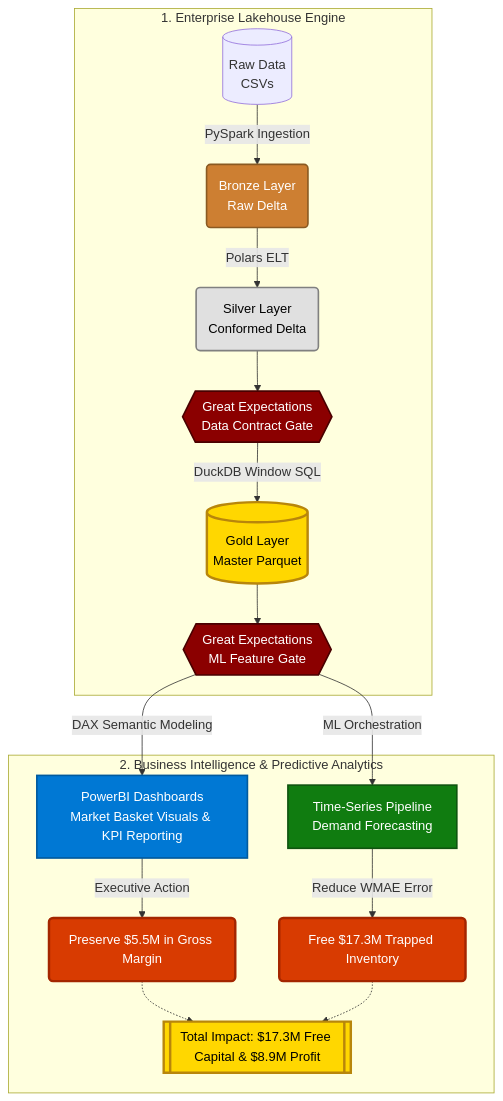
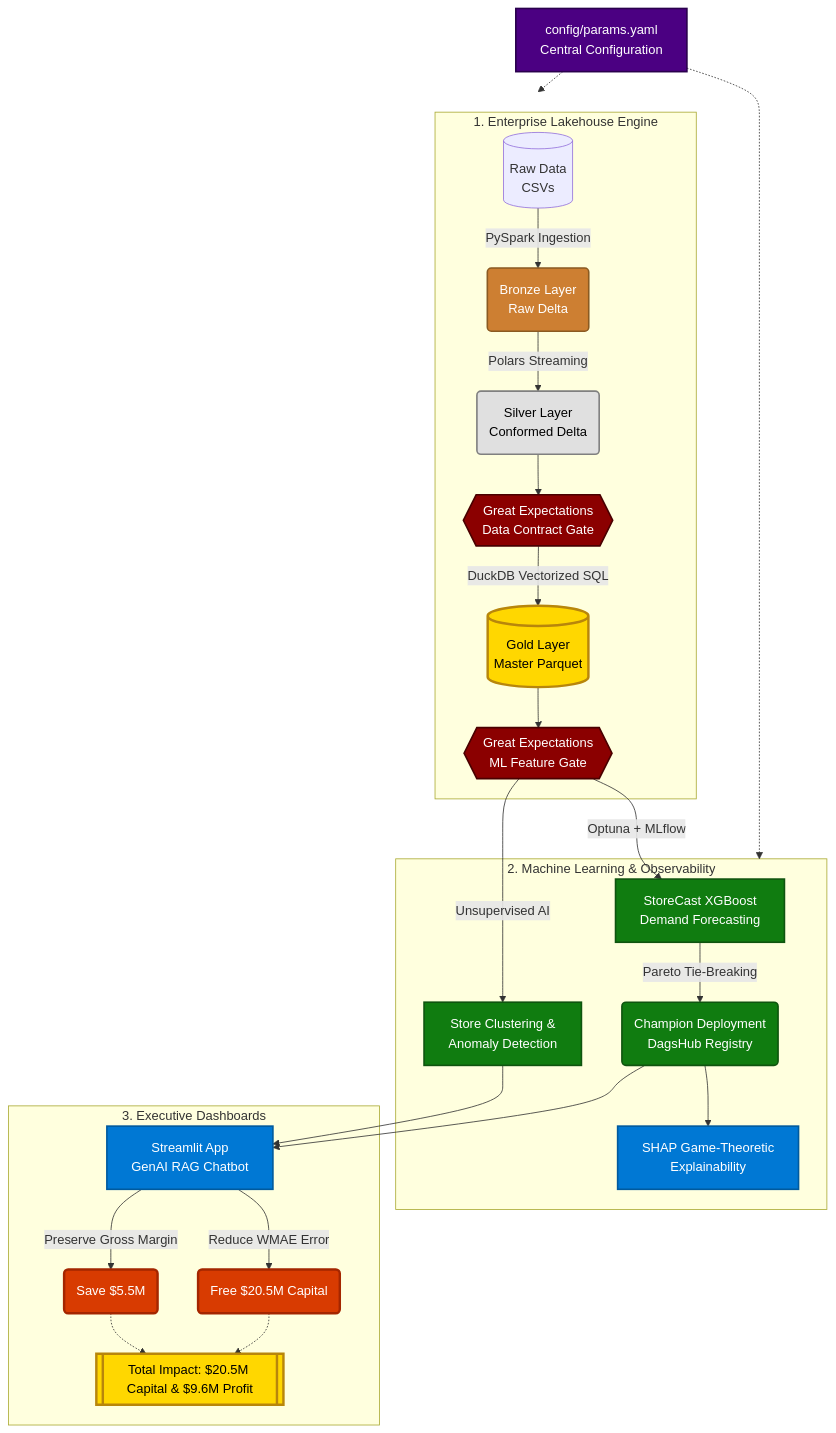
One commit to dakshvanshaj/StoreCast changed the diagram in docs/index.md. Above: the diagram before and after it, drawn with Mermaid. The commit also changed other lines of this file and 10 other files, not shown here.

````diff
--- a/docs/index.md
+++ b/docs/index.md
@@ -10,33 +29,47 @@
 ```mermaid
 graph TD
     %% Styling Classes
     classDef bronze fill:#CD7F32,stroke:#8A5A22,stroke-width:2px,color:#FFFFFF;
     classDef silver fill:#E0E0E0,stroke:#808080,stroke-width:2px,color:#000000;
     classDef gold fill:#FFD700,stroke:#B8860B,stroke-width:3px,color:#000000;
     classDef gx fill:#8B0000,stroke:#4A0000,stroke-width:2px,color:#FFFFFF;
     classDef bi fill:#0078D4,stroke:#005A9E,stroke-width:2px,color:#FFFFFF;
     classDef ml fill:#107C10,stroke:#0F540F,stroke-width:2px,color:#FFFFFF;
+    classDef config fill:#4B0082,stroke:#2A004D,stroke-width:2px,color:#FFFFFF;
     classDef roi fill:#D83B01,stroke:#A42600,stroke-width:3px,color:#FFFFFF;
 
-    subgraph Pipeline["1. Enterprise Lakehouse Engine"]
+    YAML[config/params.yaml<br>Central Configuration]:::config
+
+    subgraph DataEngineering["1. Enterprise Lakehouse Engine"]
         A[(Raw Data<br>CSVs)] -->|PySpark Ingestion| B(Bronze Layer<br>Raw Delta):::bronze
-        B -->|Polars ELT| C(Silver Layer<br>Conformed Delta):::silver
+        B -->|Polars Streaming| C(Silver Layer<br>Conformed Delta):::silver
         
         C --> GX1{{Great Expectations<br>Data Contract Gate}}:::gx
         
-        GX1 -->|DuckDB Window SQL| D[(Gold Layer<br>Master Parquet)]:::gold
+        GX1 -->|DuckDB Vectorized SQL| D[(Gold Layer<br>Master Parquet)]:::gold
         
         D --> GX2{{Great Expectations<br>ML Feature Gate}}:::gx
     end
 
-    subgraph Deliverables["2. Business Intelligence & Predictive Analytics"]
-        GX2 -->|DAX Semantic Modeling| E[PowerBI Dashboards<br>Market Basket Visuals & KPI Reporting]:::bi
-        GX2 -->|ML Orchestration| F[Time-Series Pipeline<br>Demand Forecasting]:::ml
+    subgraph MLOps["2. Machine Learning & Observability"]
+        GX2 -->|Optuna + MLflow| F[StoreCast XGBoost<br>Demand Forecasting]:::ml
+        GX2 -->|Unsupervised AI| K[Store Clustering &<br>Anomaly Detection]:::ml
         
-        E -->|Executive Action| G(Preserve $5.5M in Gross Margin):::roi
-        F -->|Reduce WMAE Error| H(Free $17.3M Trapped Inventory):::roi
+        F -->|Pareto Tie-Breaking| L(Champion Deployment<br>DagsHub Registry):::ml
+        L --> M[SHAP Game-Theoretic<br>Explainability]:::bi
+    end
+
+    subgraph Impact["3. Executive Dashboards"]
+        K --> N[Streamlit App<br>GenAI RAG Chatbot]:::bi
+        L --> N
         
-        G -.-> I[[Total Impact: $17.3M Free Capital & $8.9M Profit]]:::gold
+        N -->|Preserve Gross Margin| G(Save $5.5M):::roi
+        N -->|Reduce WMAE Error| H(Free $20.5M Capital):::roi
+        
+        G -.-> I[[Total Impact: $20.5M Capital & $9.6M Profit]]:::gold
         H -.-> I
     end
+    
+    YAML -.-> DataEngineering
+    YAML -.-> MLOps
 ```
````
